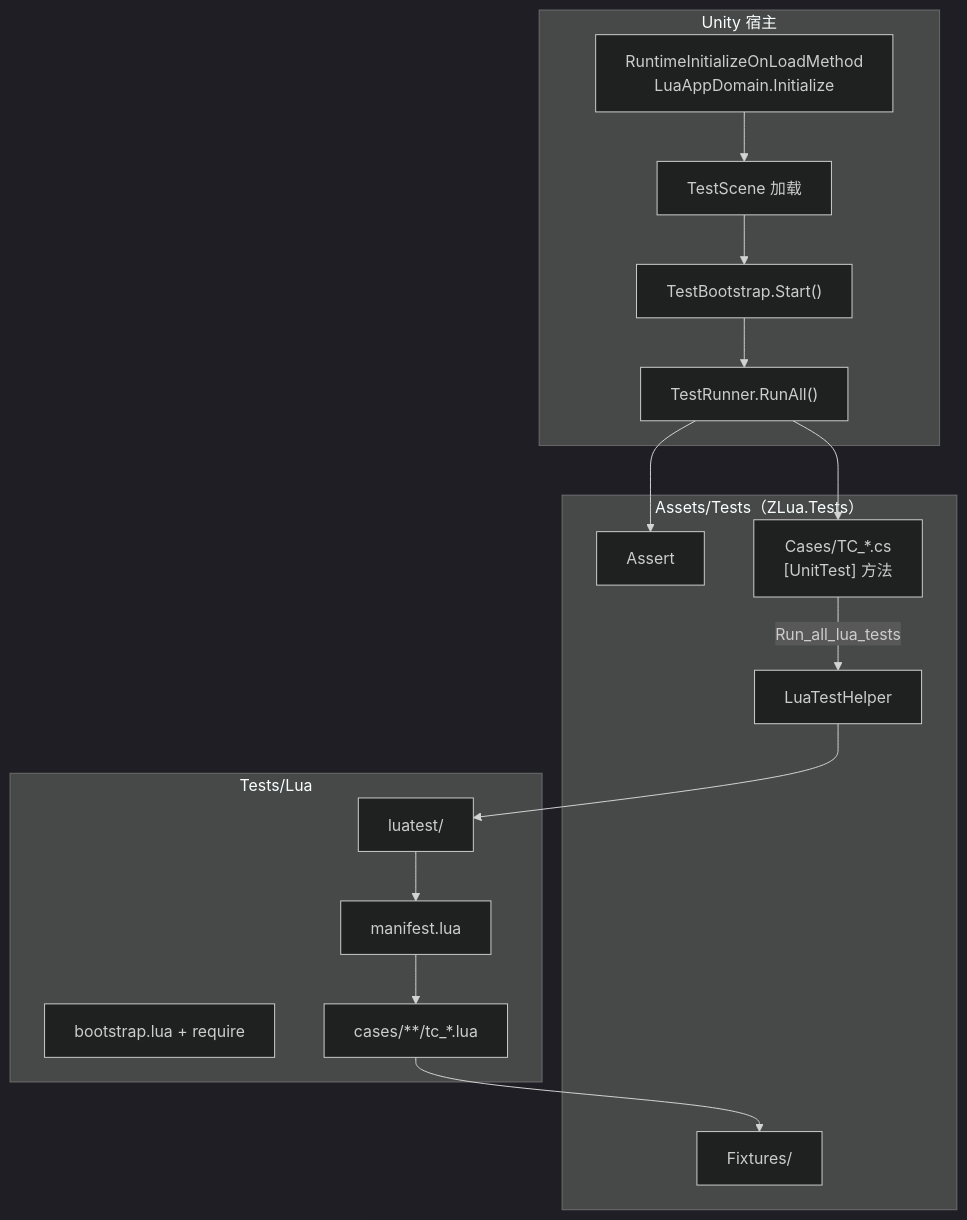
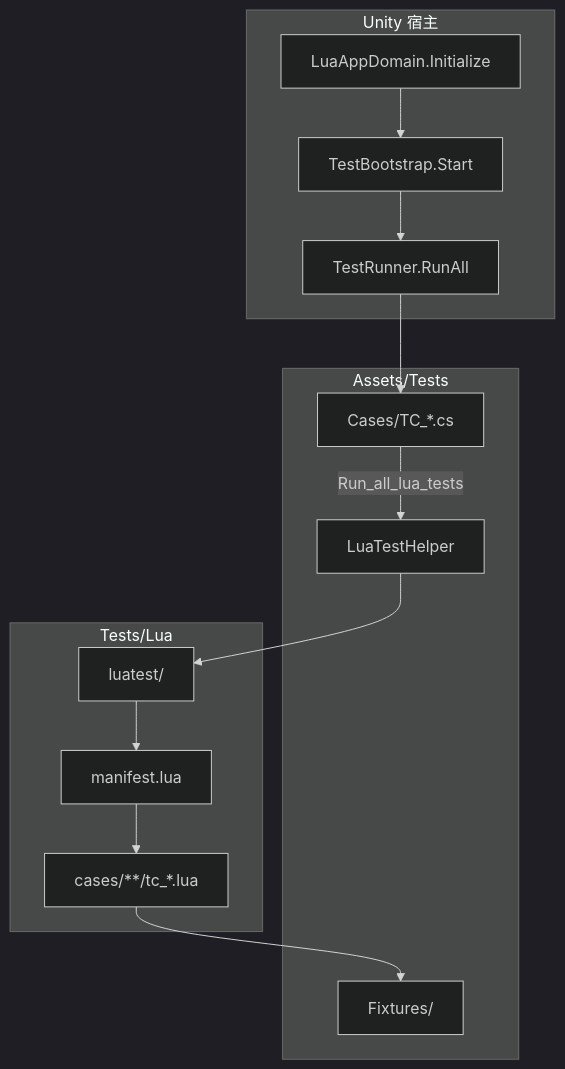
One commit to focus-creative-games/zlua-doc changed the diagram in docs/community/testing.md. Above: the diagram before and after it, drawn with Mermaid (dark theme). The commit also changed other lines of this file and 116 other files, not shown here.

````diff
--- a/docs/community/testing.md
+++ b/docs/community/testing.md
@@ -144,31 +72,27 @@
 ```mermaid
 flowchart TB
     subgraph Unity["Unity 宿主"]
-        Init["RuntimeInitializeOnLoadMethod\nLuaAppDomain.Initialize"]
-        Scene["TestScene 加载"]
-        TB["TestBootstrap.Start()"]
-        TR["TestRunner.RunAll()"]
+        Init["LuaAppDomain.Initialize"]
+        TB["TestBootstrap.Start"]
+        TR["TestRunner.RunAll"]
     end
 
-    subgraph CS["Assets/Tests（ZLua.Tests）"]
-        Assert["Assert"]
-        Cases["Cases/TC_*.cs\n[UnitTest] 方法"]
+    subgraph CS["Assets/Tests"]
+        Cases["Cases/TC_*.cs"]
         Fix["Fixtures/"]
         LTH["LuaTestHelper"]
     end
 
     subgraph Lua["Tests/Lua"]
-        Boot["bootstrap.lua + require"]
         LT["luatest/"]
         Manifest["manifest.lua"]
         Scripts["cases/**/tc_*.lua"]
     end
 
-    Init --> Scene --> TB --> TR
+    Init --> TB --> TR
     TR --> Cases
     Cases -->|"Run_all_lua_tests"| LTH
     LTH --> LT
     LT --> Manifest --> Scripts
     Scripts --> Fix
-    TR --> Assert
 ```
````
